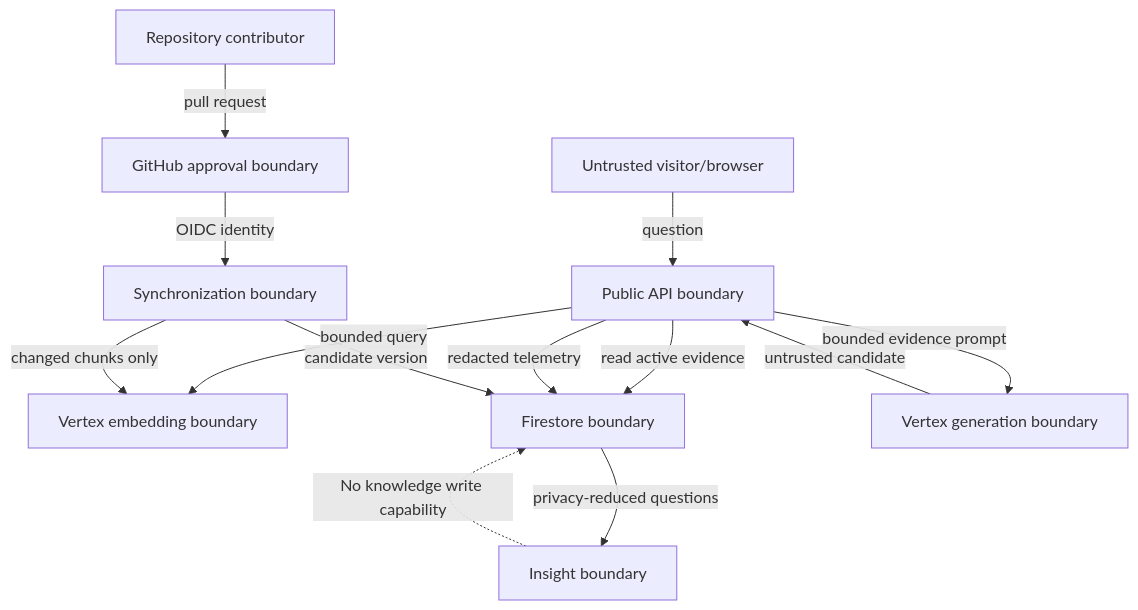
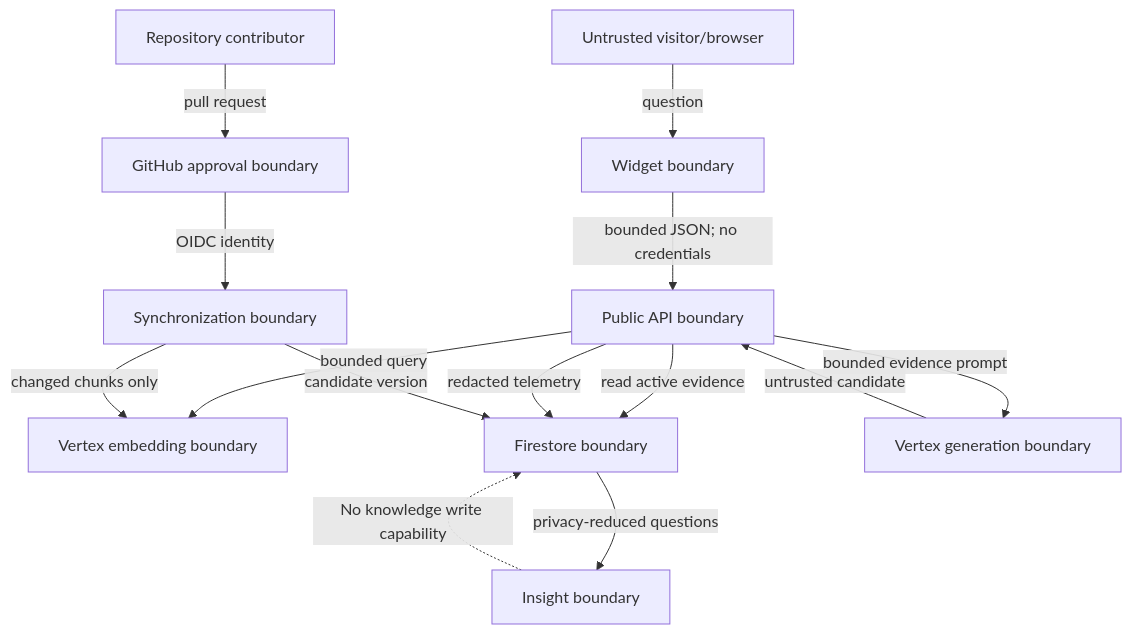
The diagram in docs/threat-model.md (navneet-singh2907/FolioAware), drawn with Mermaid before and after one commit. The commit also changed other lines of this file and 15 other files, not shown here.

````diff
--- a/docs/threat-model.md
+++ b/docs/threat-model.md
@@ -63,17 +63,18 @@
 ```mermaid
 flowchart TD
-    V["Untrusted visitor/browser"] -->|"question"| API["Public API boundary"]
+    V["Untrusted visitor/browser"] -->|"question"| W["Widget boundary"]
+    W -->|"bounded JSON; no credentials"| API["Public API boundary"]
     API -->|"bounded query"| EMB["Vertex embedding boundary"]
     API -->|"read active evidence"| FS["Firestore boundary"]
     API -->|"redacted telemetry"| FS
     API -->|"bounded evidence prompt"| GEN["Vertex generation boundary"]
     GEN -->|"untrusted candidate"| API
 
     C["Repository contributor"] -->|"pull request"| GH["GitHub approval boundary"]
     GH -->|"OIDC identity"| SYNC["Synchronization boundary"]
     SYNC -->|"candidate version"| FS
     SYNC -->|"changed chunks only"| EMB
 
     FS -->|"privacy-reduced questions"| INS["Insight boundary"]
     INS -. "No knowledge write capability" .-> FS
 ```
````
